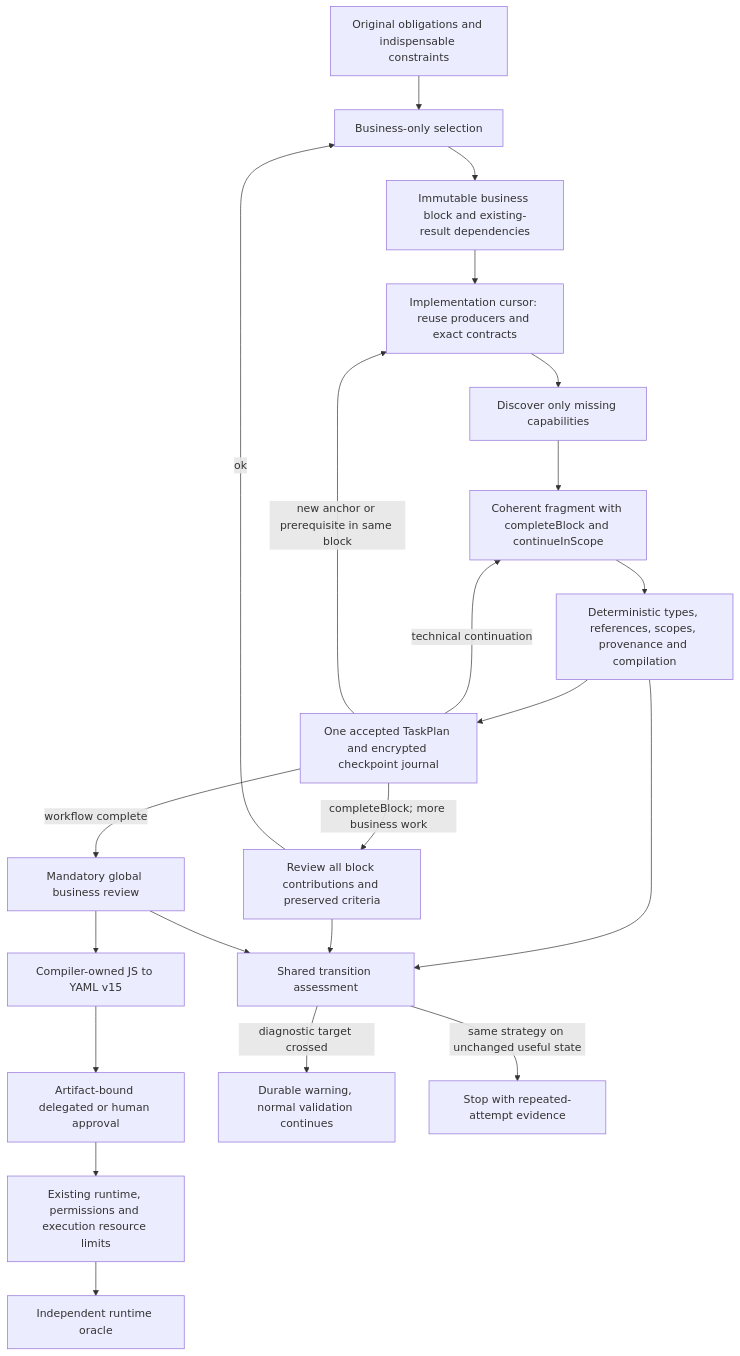
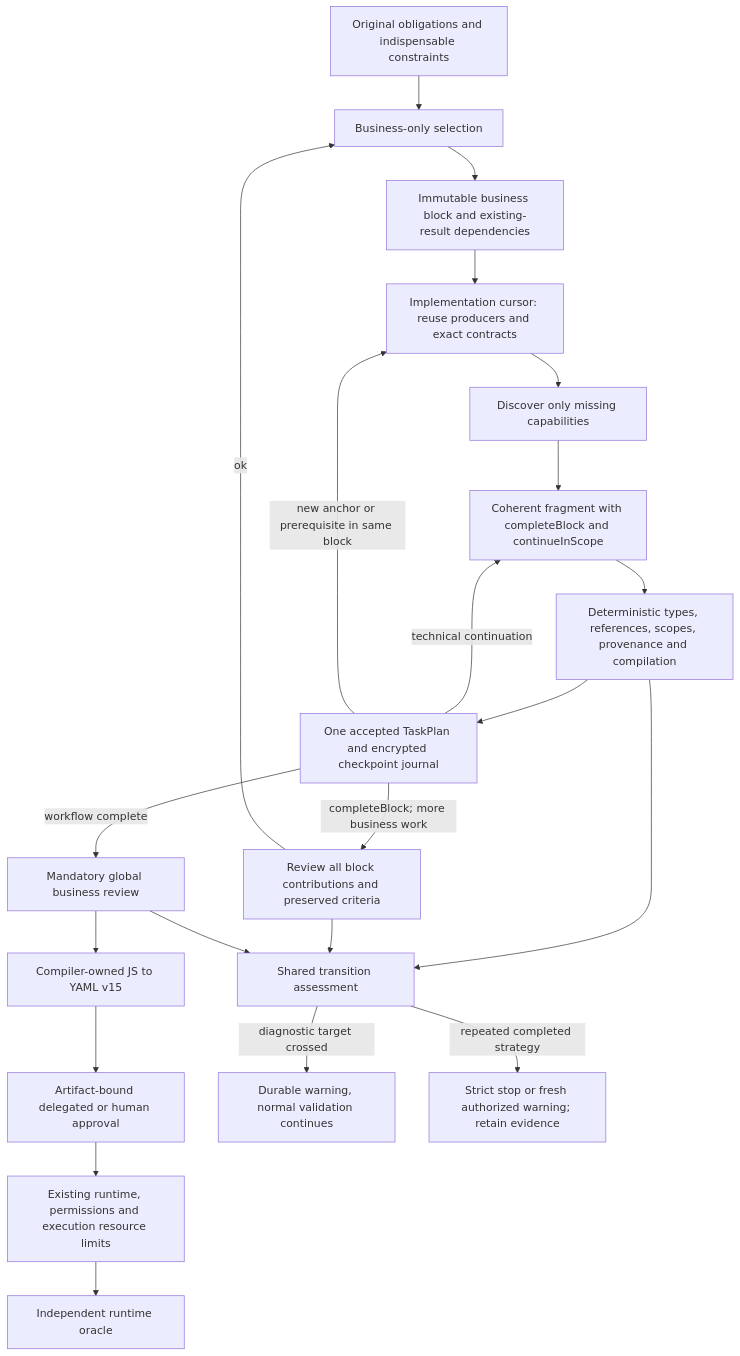
One commit to GnouGo/GnouGo changed the diagram in docs/incremental-taskplan-construction.md. Above: the diagram before and after it, drawn with Mermaid. The commit also changed other lines of this file and 24 other files, not shown here.

````diff
--- a/docs/incremental-taskplan-construction.md
+++ b/docs/incremental-taskplan-construction.md
@@ -37,24 +37,24 @@
 ```mermaid
 flowchart TD
     O[Original obligations and indispensable constraints] --> S[Business-only selection]
     S --> B[Immutable business block and existing-result dependencies]
     B --> I[Implementation cursor: reuse producers and exact contracts]
     I --> K[Discover only missing capabilities]
     K --> D[Coherent fragment with completeBlock and continueInScope]
     D --> V[Deterministic types, references, scopes, provenance and compilation]
     V --> P[One accepted TaskPlan and encrypted checkpoint journal]
     P -->|technical continuation| D
     P -->|new anchor or prerequisite in same block| I
     P -->|completeBlock; more business work| L[Review all block contributions and preserved criteria]
     L -->|ok| S
     P -->|workflow complete| G[Mandatory global business review]
     G --> C[Compiler-owned JS to YAML v15]
     C --> A[Artifact-bound delegated or human approval]
     A --> E[Existing runtime, permissions and execution resource limits]
     E --> R[Independent runtime oracle]
     V --> T[Shared transition assessment]
     L --> T
     G --> T
     T -->|diagnostic target crossed| W[Durable warning, normal validation continues]
-    T -->|same strategy on unchanged useful state| X[Stop with repeated-attempt evidence]
+    T -->|repeated completed strategy| X[Strict stop or fresh authorized warning; retain evidence]
 ```
````
